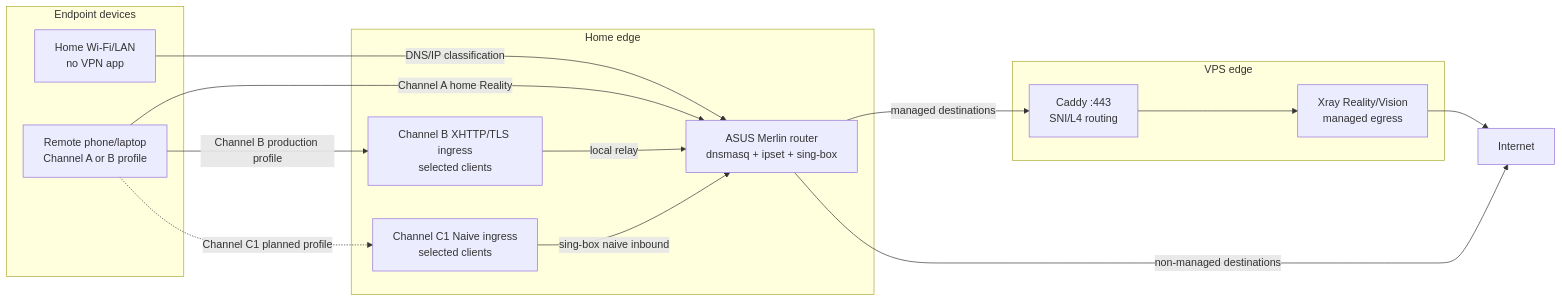
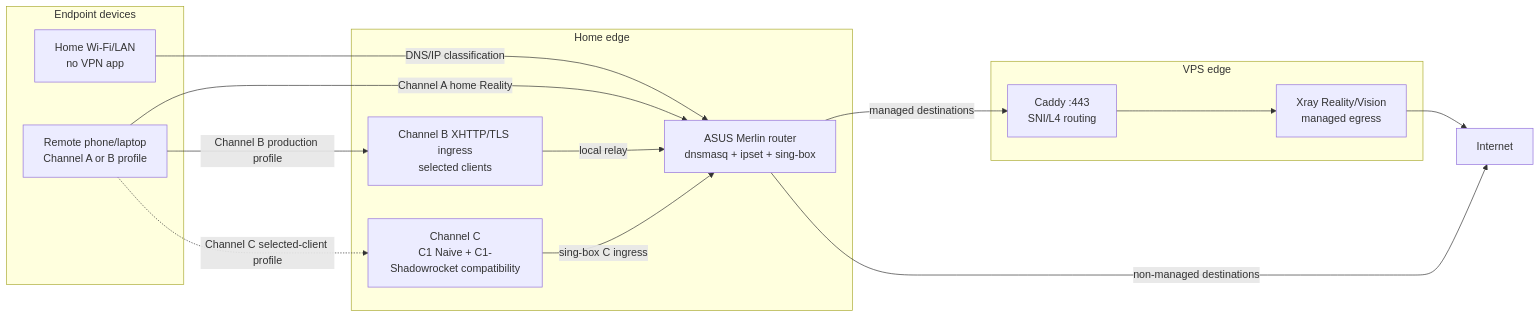
Before and after one commit to eiler2005/ghostroute: the diagram in README.md, drawn with Mermaid. The commit also changed other lines of this file and 17 other files, not shown here.

Commit message:
Persist Channel C1 Shadowrocket compatibility lane

````diff
--- a/README.md
+++ b/README.md
@@ -24,29 +24,29 @@
 ```mermaid
 flowchart LR
     subgraph Endpoint["Endpoint devices"]
         Mobile["Remote phone/laptop<br/>Channel A or B profile"]
         LAN["Home Wi-Fi/LAN<br/>no VPN app"]
     end
 
     subgraph Home["Home edge"]
         Router["ASUS Merlin router<br/>dnsmasq + ipset + sing-box"]
         ChannelB["Channel B XHTTP/TLS ingress<br/>selected clients"]
-        ChannelC["Channel C1 Naive ingress<br/>selected clients"]
+        ChannelC["Channel C<br/>C1 Naive + C1-Shadowrocket compatibility"]
     end
 
     subgraph VPS["VPS edge"]
         Caddy["Caddy :443<br/>SNI/L4 routing"]
         Xray["Xray Reality/Vision<br/>managed egress"]
     end
 
     Internet["Internet"]
 
     LAN -->|"DNS/IP classification"| Router
     Mobile -->|"Channel A home Reality"| Router
     Mobile -->|"Channel B production profile"| ChannelB
-    Mobile -. "Channel C1 planned profile" .-> ChannelC
+    Mobile -. "Channel C selected-client profile" .-> ChannelC
     ChannelB -->|"local relay"| Router
-    ChannelC -->|"sing-box naive inbound"| Router
+    ChannelC -->|"sing-box C ingress"| Router
     Router -->|"managed destinations"| Caddy --> Xray --> Internet
     Router -->|"non-managed destinations"| Internet
 ```
````
